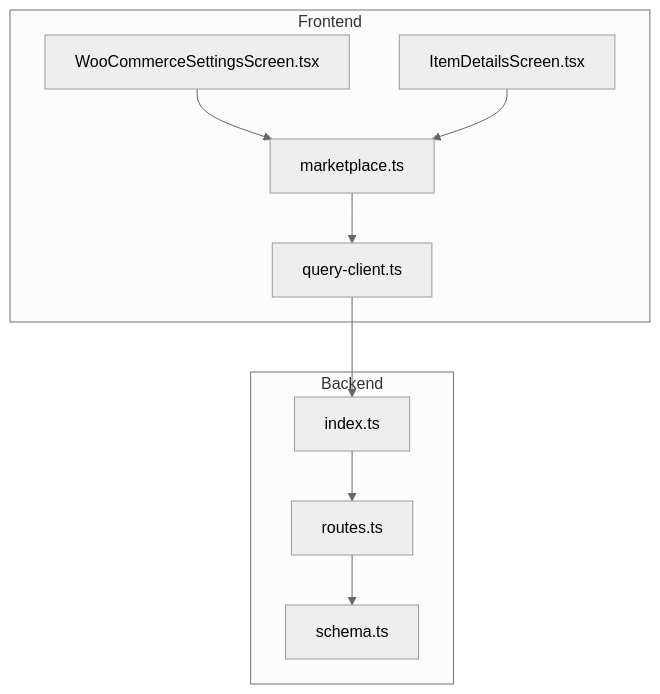
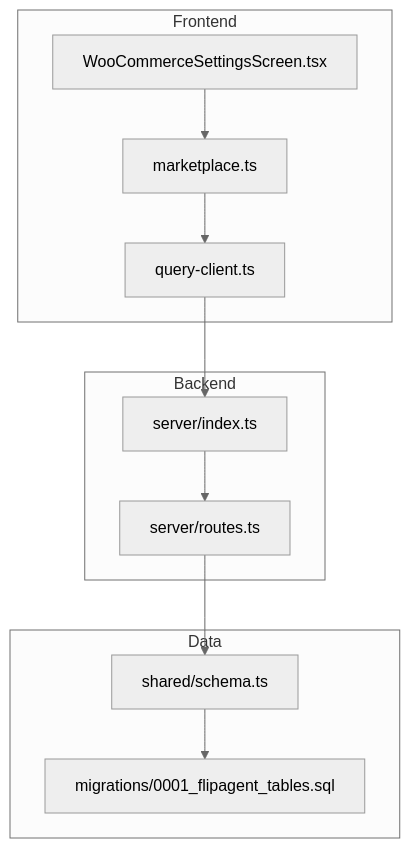
The first of 6 diagrams in .qoder/repowiki/en/content/Marketplace Integration/WooCommerce Integration.md (hunglevi87/Hidden-Gem), drawn with Mermaid (neutral theme) before and after one commit. The commit also changed other lines of this file and 99 other files, not shown here.

````diff
--- a/.qoder/repowiki/en/content/Marketplace Integration/WooCommerce Integration.md
+++ b/.qoder/repowiki/en/content/Marketplace Integration/WooCommerce Integration.md
@@ -36,20 +42,22 @@
 ```mermaid
 graph TB
 subgraph "Frontend"
-UI_Settings["WooCommerceSettingsScreen.tsx"]
-UI_ItemDetails["ItemDetailsScreen.tsx"]
-Lib_Marketplace["marketplace.ts"]
-Lib_Query["query-client.ts"]
+UI["WooCommerceSettingsScreen.tsx"]
+MP["marketplace.ts"]
+QC["query-client.ts"]
 end
 subgraph "Backend"
-Server_Routes["routes.ts"]
-Server_Index["index.ts"]
-Shared_Schema["schema.ts"]
+SRV["server/index.ts"]
+ROUTES["server/routes.ts"]
 end
-UI_Settings --> Lib_Marketplace
-UI_ItemDetails --> Lib_Marketplace
-Lib_Marketplace --> Lib_Query
-Lib_Query --> Server_Index
-Server_Index --> Server_Routes
-Server_Routes --> Shared_Schema
+subgraph "Data"
+SCHEMA["shared/schema.ts"]
+MIG["migrations/0001_flipagent_tables.sql"]
+end
+UI --> MP
+MP --> QC
+QC --> SRV
+SRV --> ROUTES
+ROUTES --> SCHEMA
+SCHEMA --> MIG
 ```
````
